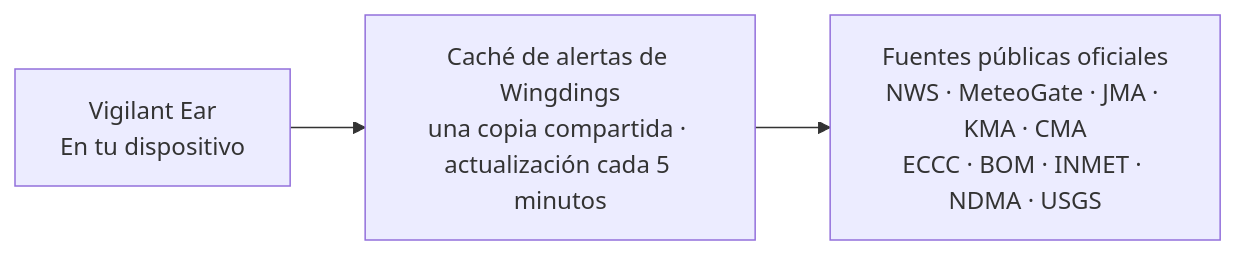
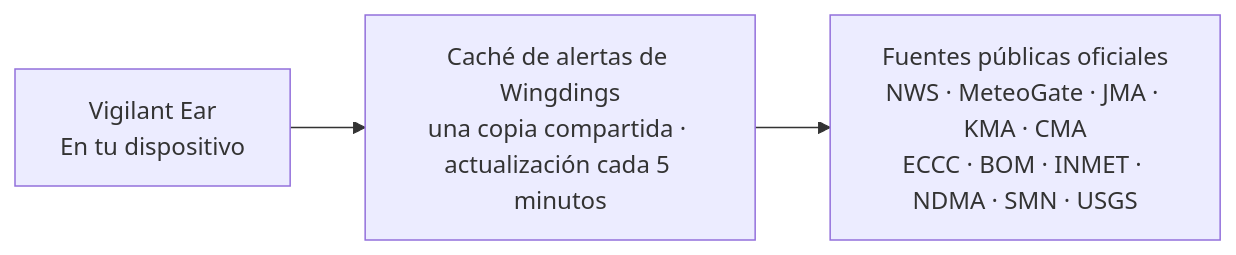
Before and after one commit to rpalm01-star/VigilantEarLegal: the fourth of 4 diagrams in README_es.md, drawn with Mermaid. The commit also changed other lines of this file and 44 other files, not shown here.

````diff
--- a/README_es.md
+++ b/README_es.md
@@ -171,5 +171,5 @@
 ```mermaid
 graph LR
     P1["Vigilant Ear<br/>En tu dispositivo"] --> W["Caché de alertas de Wingdings<br/>una copia compartida · actualización cada 5 minutos"]
-    W --> N["Fuentes públicas oficiales<br/>NWS · MeteoGate · JMA · KMA · CMA<br/>ECCC · BOM · INMET · NDMA · USGS"]
+    W --> N["Fuentes públicas oficiales<br/>NWS · MeteoGate · JMA · KMA · CMA<br/>ECCC · BOM · INMET · NDMA · SMN · USGS"]
 ```
````
